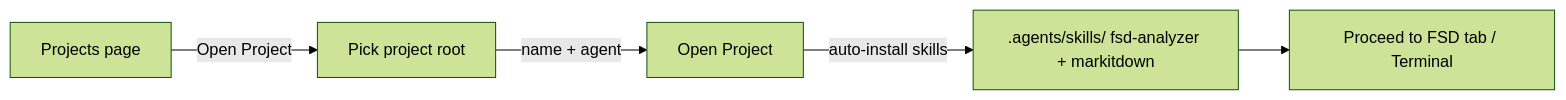
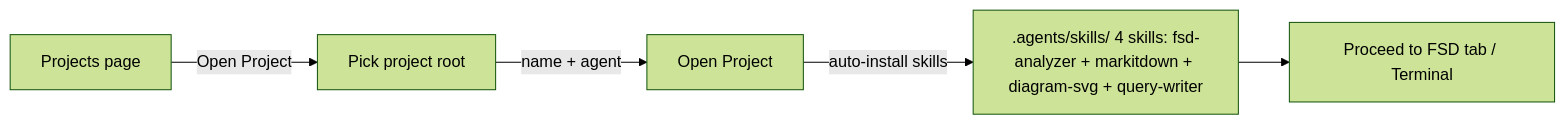
The first of 2 diagrams in docs/en/01-quickstart.md (rogasper/onesist), drawn with Mermaid (forest theme) before and after one commit. The commit also changed other lines of this file and 33 other files, not shown here.

Commit message:
feat: update docs and diagram-svg

````diff
--- a/docs/en/01-quickstart.md
+++ b/docs/en/01-quickstart.md
@@ -20,7 +20,7 @@
 ```mermaid
 flowchart LR
   A[Projects page] -->|Open Project| B[Pick project root]
   B -->|name + agent| C[Open Project]
-  C -->|auto-install skills| D[.agents/skills/ fsd-analyzer + markitdown]
+  C -->|auto-install skills| D[.agents/skills/ 4 skills: fsd-analyzer + markitdown + diagram-svg + query-writer]
   D --> E[Proceed to FSD tab / Terminal]
 ```
````
